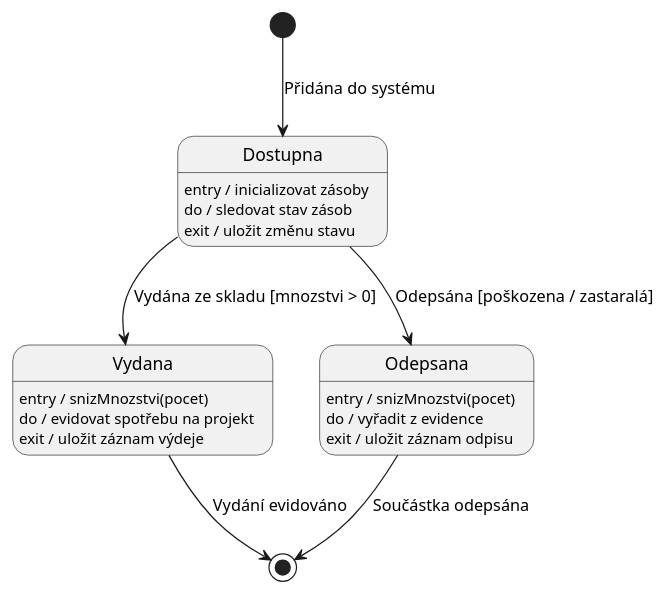
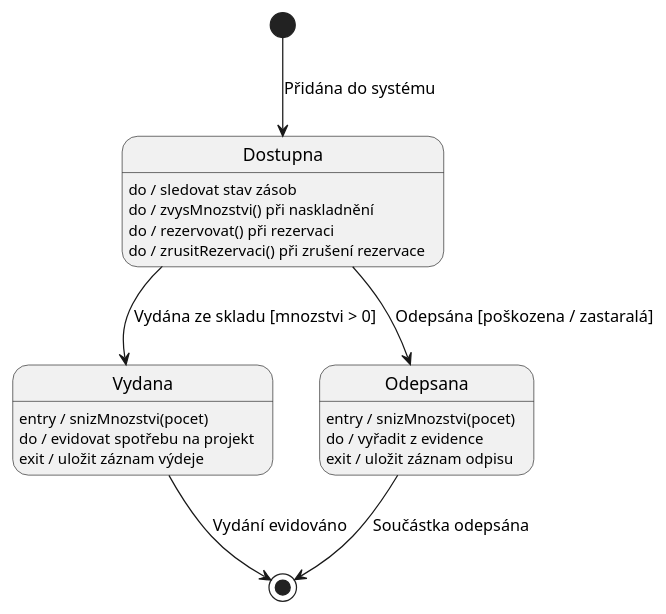
Before and after one commit to lkvapil/kOdevzdaniProjektWMS: the diagram in diagrams/10_state_soucastka_projekt.puml, drawn with PlantUML. The commit also changed 3 other files, not shown here.

Commit message:
Oprava konzistence – sekvenční, stavové diagramy 09+10

```diff
--- a/diagrams/10_state_soucastka_projekt.puml
+++ b/diagrams/10_state_soucastka_projekt.puml
@@ -1,22 +1,23 @@
 @startuml
 top to bottom direction
 
 [*] --> Dostupna : Přidána do systému
 
-Dostupna : entry / inicializovat zásoby
 Dostupna : do / sledovat stav zásob
-Dostupna : exit / uložit změnu stavu
+Dostupna : do / zvysMnozstvi() při naskladnění
+Dostupna : do / rezervovat() při rezervaci
+Dostupna : do / zrusitRezervaci() při zrušení rezervace
 Dostupna --> Vydana   : Vydána ze skladu [mnozstvi > 0]
 Dostupna --> Odepsana : Odepsána [poškozena / zastaralá]
 
 Vydana : entry / snizMnozstvi(pocet)
 Vydana : do / evidovat spotřebu na projekt
 Vydana : exit / uložit záznam výdeje
 Vydana --> [*] : Vydání evidováno
 
 Odepsana : entry / snizMnozstvi(pocet)
 Odepsana : do / vyřadit z evidence
 Odepsana : exit / uložit záznam odpisu
 Odepsana --> [*] : Součástka odepsána
 
 @enduml
```
